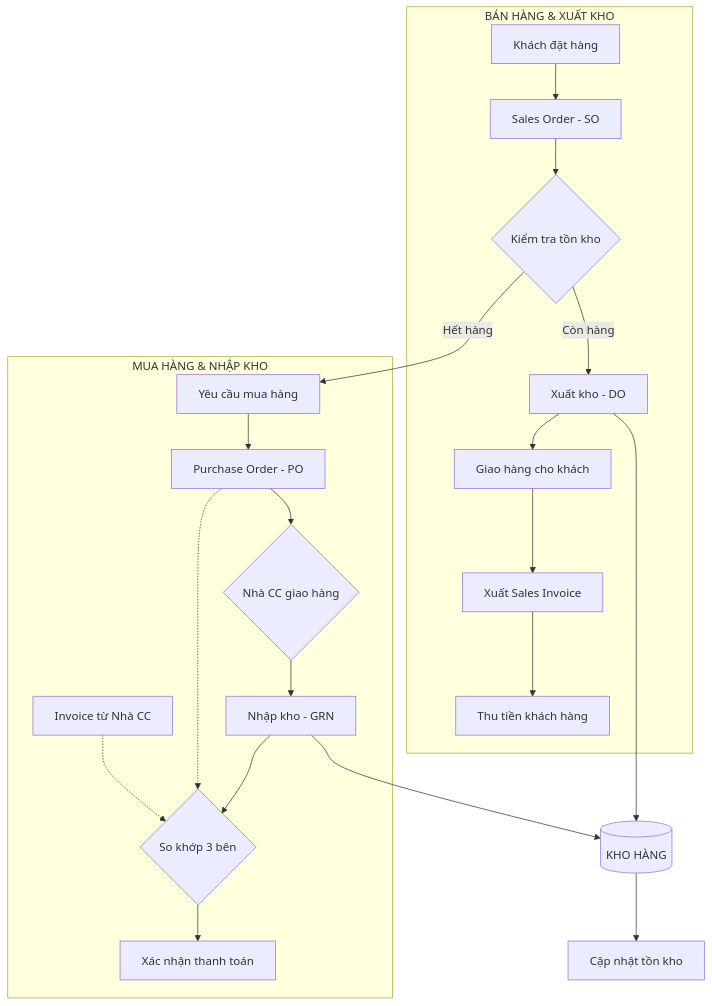
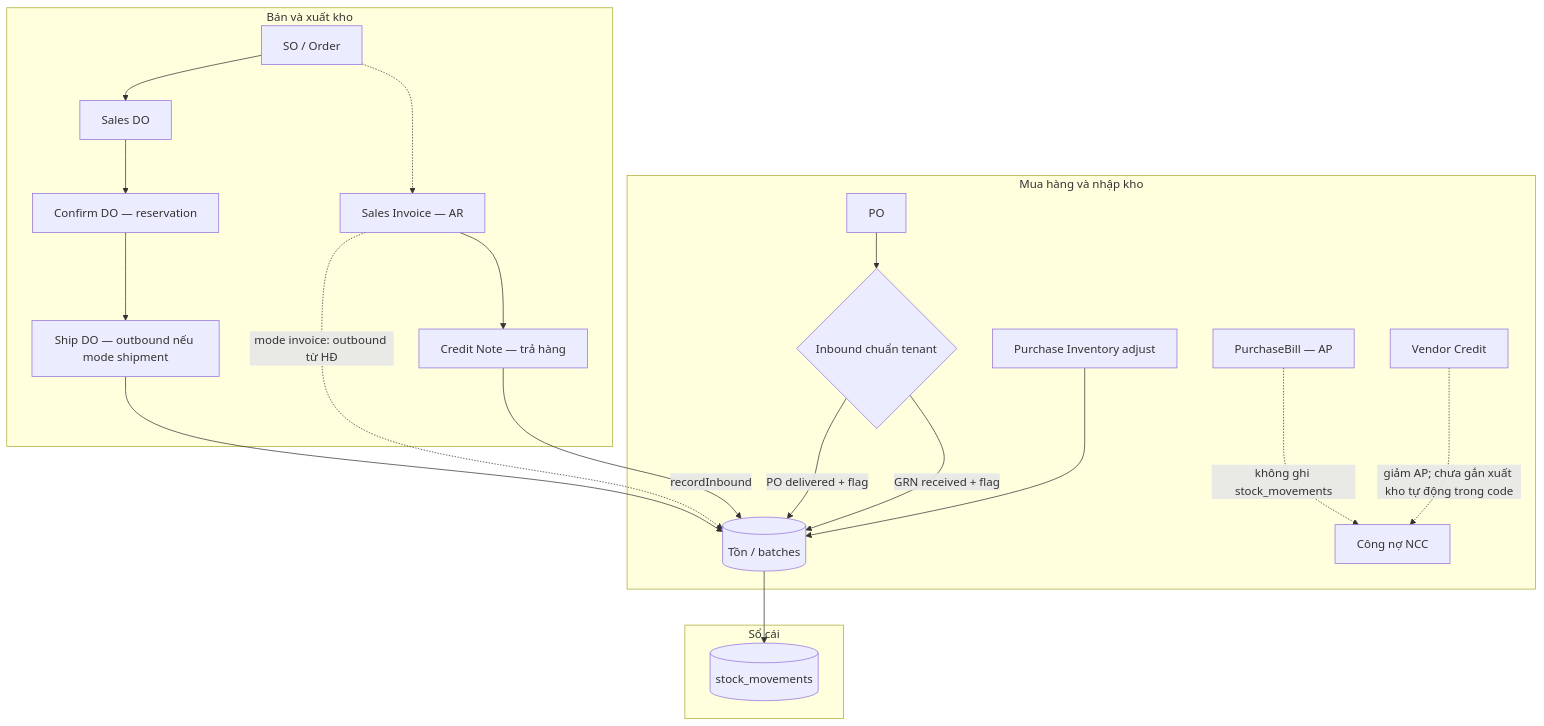
One commit to hoangphat5393/craveva changed the diagram in DIAGRAM/Purchasing - Inventory - Sales End-to-End Flow.mmd. Above: the diagram before and after it, drawn with Mermaid. The commit also changed 45 other files, not shown here.

```diff
--- a/DIAGRAM/Purchasing - Inventory - Sales End-to-End Flow.mmd
+++ b/DIAGRAM/Purchasing - Inventory - Sales End-to-End Flow.mmd
@@ -1,29 +1,28 @@
+%% Bản rút gọn — đồng bộ với FUNC_LOGIC/QUY_TRINH + SALES_PURCHASE_FLOW (2026-04).
+%% Chi tiết ledger + idempotency: Purchasing - Inventory - Sales End-to-End Current Flow.mmd
+
 graph TD
-%% Khối Mua Hàng (Purchasing)
-subgraph "MUA HÀNG & NHẬP KHO"
-    A[Yêu cầu mua hàng] --> B[Purchase Order - PO]
-    B --> C{Nhà CC giao hàng}
-    C --> D[Nhập kho - GRN]
-    D --> E{So khớp 3 bên}
-    B -.-> E
-    F[Invoice từ Nhà CC] -.-> E
-    E --> G[Xác nhận thanh toán]
-end
+  subgraph mua [Mua hàng và nhập kho]
+    A[PO] --> B{Inbound chuẩn tenant}
+    B -->|PO delivered + flag| I[(Tồn / batches)]
+    B -->|GRN received + flag| I
+    POINV[Purchase Inventory adjust] --> I
+    F[PurchaseBill — AP] -.->|không ghi stock_movements| G[Công nợ NCC]
+    VC[Vendor Credit] -.->|giảm AP; chưa gắn xuất kho tự động trong code| G
+  end
 
-%% Khối Kho (Inventory)
-D --> H[(KHO HÀNG)]
-H --> I[Cập nhật tồn kho]
+  subgraph ban [Bán và xuất kho]
+    J[SO / Order] --> K[Sales DO]
+    K --> L[Confirm DO — reservation]
+    L --> M[Ship DO — outbound nếu mode shipment]
+    M --> I
+    J -.-> N[Sales Invoice — AR]
+    N -.->|mode invoice: outbound từ HĐ| I
+    N --> CN[Credit Note — trả hàng]
+    CN -->|recordInbound| I
+  end
 
-%% Khối Bán Hàng (Sales)
-subgraph "BÁN HÀNG & XUẤT KHO"
-    J[Khách đặt hàng] --> K[Sales Order - SO]
-    K --> L{Kiểm tra tồn kho}
-    L -- Còn hàng --> M[Xuất kho - DO]
-    L -- Hết hàng --> A
-    M --> N[Giao hàng cho khách]
-    N --> O[Xuất Sales Invoice]
-    O --> P[Thu tiền khách hàng]
-end
-
-%% Kết nối
-M --> H
+  subgraph kho [Sổ cái]
+    SM[(stock_movements)]
+    I --> SM
+  end
```
